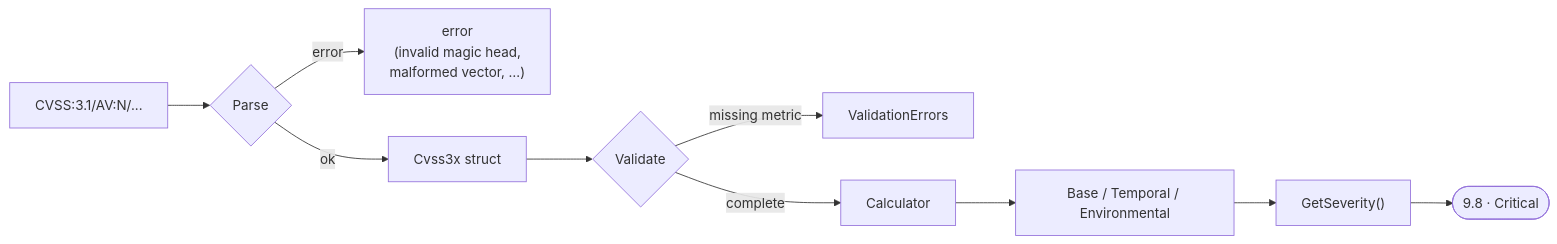
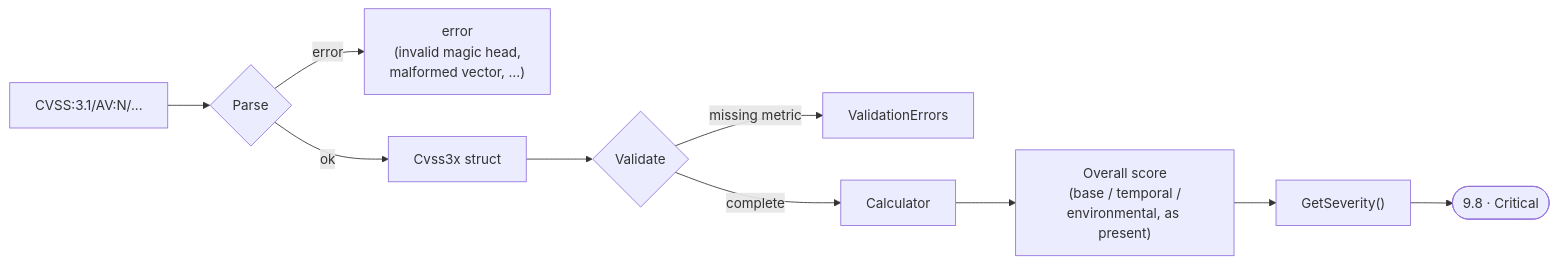
The second of 3 diagrams in README.md (scagogogo/cvss-skills), drawn with Mermaid before and after one commit. The commit also changed 3 other files, not shown here.

First line of the commit message:
docs: clarify scoring pipeline — GetSeverity runs on the overall score

````diff
--- a/README.md
+++ b/README.md
@@ -78,12 +78,12 @@
 ```mermaid
 flowchart LR
     A["CVSS:3.1/AV:N/..."] --> B{Parse}
     B -->|error| E1["error<br/>(invalid magic head,<br/>malformed vector, …)"]
     B -->|ok| C["Cvss3x struct"]
     C --> D{Validate}
     D -->|missing metric| E2["ValidationErrors"]
     D -->|complete| F["Calculator"]
-    F --> G["Base / Temporal / Environmental"]
+    F --> G["Overall score<br/>(base / temporal /<br/>environmental, as present)"]
     G --> H["GetSeverity()"]
     H --> K(["9.8 · Critical"])
 ```
````
